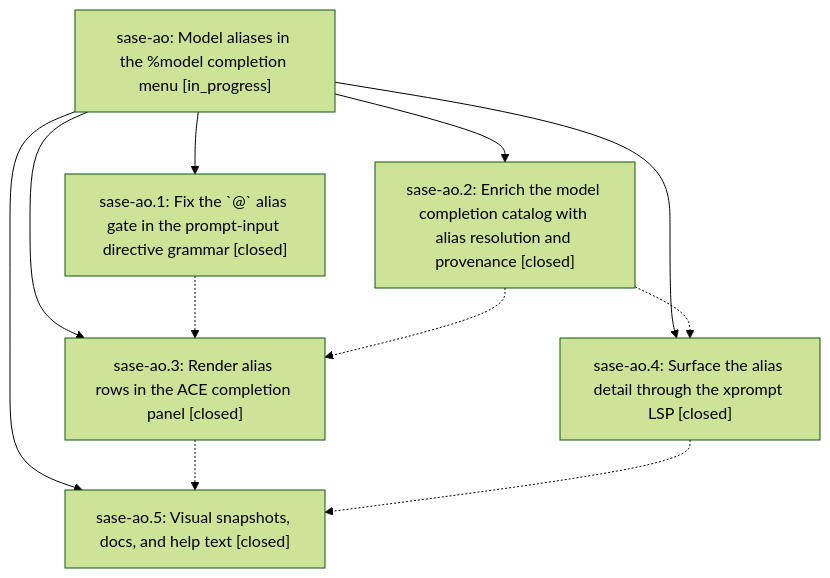
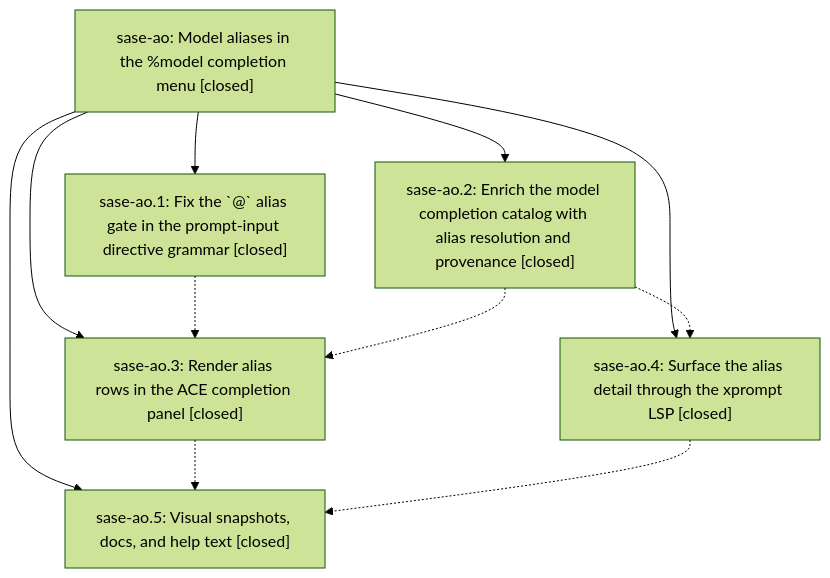
One commit to sase-org/sase--beads changed the diagram in pages/sase-ao/README.md. Above: the diagram before and after it, drawn with Mermaid (forest theme). The commit also changed other lines of this file and 5 other files, not shown here.

````diff
--- a/pages/sase-ao/README.md
+++ b/pages/sase-ao/README.md
@@ -26,19 +30,19 @@
 ```mermaid
 flowchart TD
-    n0["sase-ao: Model aliases in the %model completion menu [in_progress]"]
+    n0["sase-ao: Model aliases in the %model completion menu [closed]"]
     n1["sase-ao.1: Fix the `@` alias gate in the prompt-input directive grammar [closed]"]
     n2["sase-ao.2: Enrich the model completion catalog with alias resolution and provenance [closed]"]
     n3["sase-ao.3: Render alias rows in the ACE completion panel [closed]"]
     n4["sase-ao.4: Surface the alias detail through the xprompt LSP [closed]"]
     n5["sase-ao.5: Visual snapshots, docs, and help text [closed]"]
     n0 --> n1
     n0 --> n2
     n0 --> n3
     n0 --> n4
     n0 --> n5
     n1 -.-> n3
     n2 -.-> n3
     n2 -.-> n4
     n3 -.-> n5
     n4 -.-> n5
 ```
````
